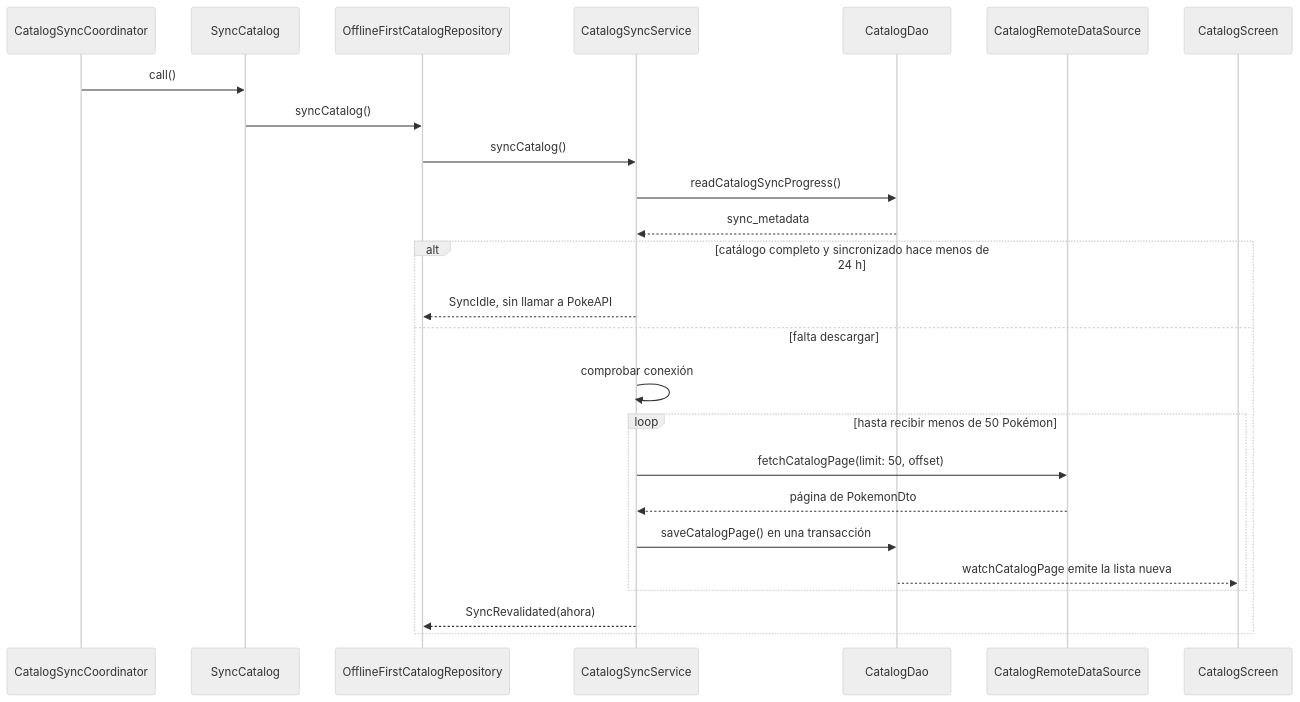
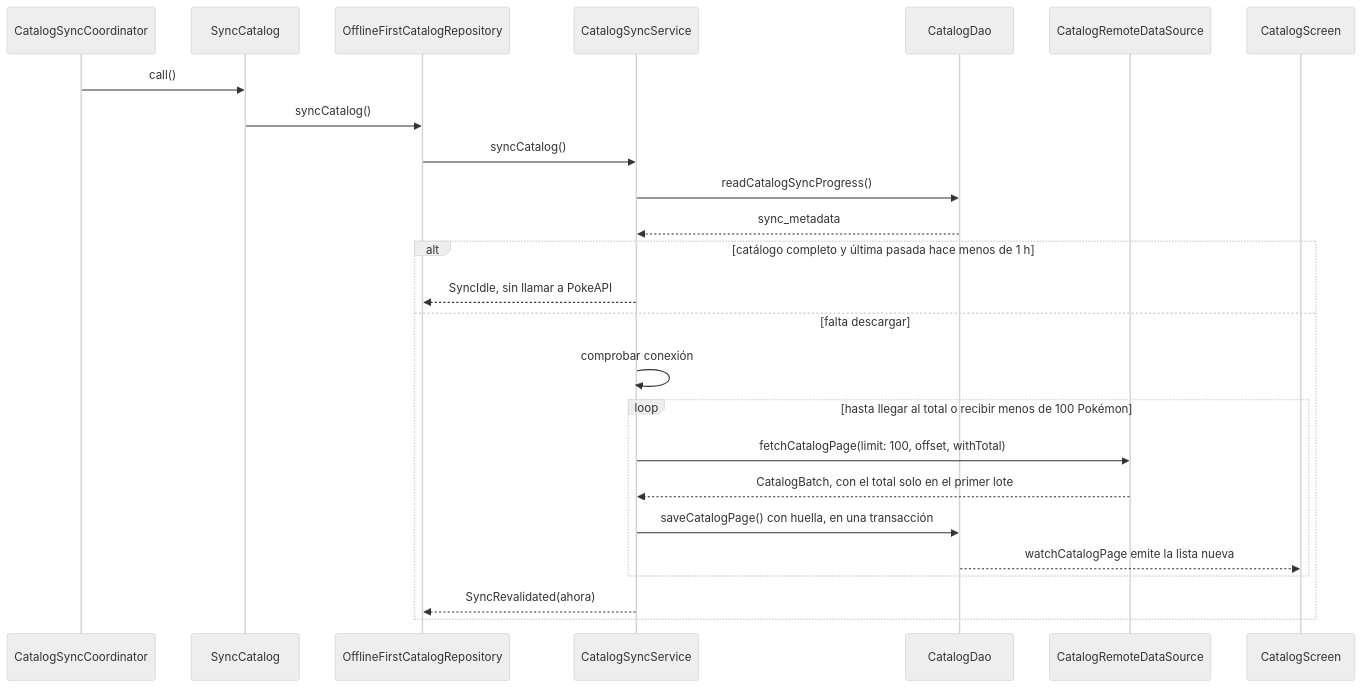
One commit to JoseHidalgoG/pokedex-flutter changed the second of 5 diagrams in docs/arquitectura.md. Above: the diagram before and after it, drawn with Mermaid (neutral theme). The commit also changed other lines of this file and 1 other file, not shown here.

Commit message:
docs: describir los lotes de 100, la vigencia de 1 h y la huella

````diff
--- a/docs/arquitectura.md
+++ b/docs/arquitectura.md
@@ -77,28 +77,28 @@
 ```mermaid
 sequenceDiagram
   participant Coordinator as CatalogSyncCoordinator
   participant UseCase as SyncCatalog
   participant Repo as OfflineFirstCatalogRepository
   participant Sync as CatalogSyncService
   participant Dao as CatalogDao
   participant Remote as CatalogRemoteDataSource
   participant Screen as CatalogScreen
 
   Coordinator->>UseCase: call()
   UseCase->>Repo: syncCatalog()
   Repo->>Sync: syncCatalog()
   Sync->>Dao: readCatalogSyncProgress()
   Dao-->>Sync: sync_metadata
-  alt catálogo completo y sincronizado hace menos de 24 h
+  alt catálogo completo y última pasada hace menos de 1 h
     Sync-->>Repo: SyncIdle, sin llamar a PokeAPI
   else falta descargar
     Sync->>Sync: comprobar conexión
-    loop hasta recibir menos de 50 Pokémon
-      Sync->>Remote: fetchCatalogPage(limit: 50, offset)
-      Remote-->>Sync: página de PokemonDto
-      Sync->>Dao: saveCatalogPage() en una transacción
+    loop hasta llegar al total o recibir menos de 100 Pokémon
+      Sync->>Remote: fetchCatalogPage(limit: 100, offset, withTotal)
+      Remote-->>Sync: CatalogBatch, con el total solo en el primer lote
+      Sync->>Dao: saveCatalogPage() con huella, en una transacción
       Dao-->>Screen: watchCatalogPage emite la lista nueva
     end
     Sync-->>Repo: SyncRevalidated(ahora)
   end
 ```
````
